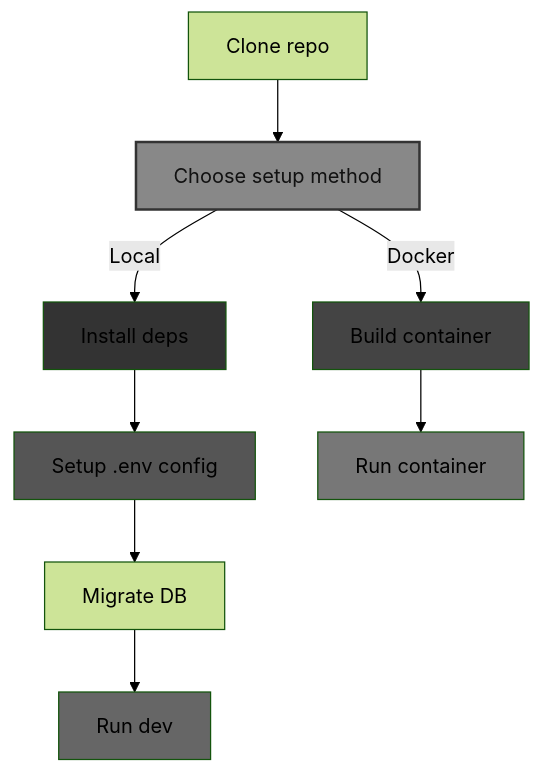
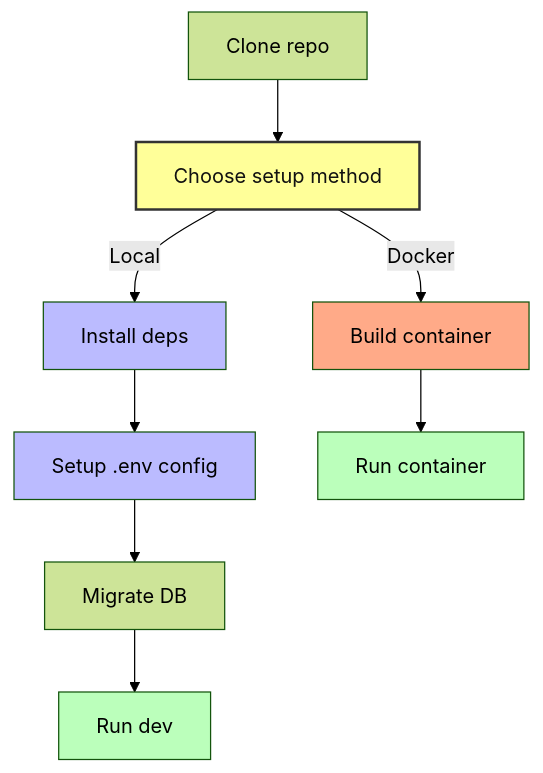
The second of 2 diagrams in README-best-practice-guidlines/Guidelines - README file format.md (Mindrocket42/CluelessCodersToolBox), drawn with Mermaid (forest theme) before and after one commit. The commit also changed other lines of this file and 3 other files, not shown here.

First line of the commit message:
fix mermaid contrast

````diff
--- a/README-best-practice-guidlines/Guidelines - README file format.md
+++ b/README-best-practice-guidlines/Guidelines - README file format.md
@@ -376,16 +391,16 @@
 ```mermaid
 flowchart TD
     A[Clone repo] --> B[Choose setup method]
     B -->|Local| C[Install deps]
     C --> D[Setup .env config]
     D --> E[Migrate DB]
     E --> F[Run dev]
     B -->|Docker| G[Build container]
     G --> H[Run container]
-    style C fill:#333
-    style G fill:#444
-    style D fill:#555
-    style F fill:#666
-    style H fill:#777
-    style B fill:#888,stroke:#333,stroke-width:2px,color:#111
+    style C fill:#bbf
+    style G fill:#fa8
+    style D fill:#bbf
+    style F fill:#bfb
+    style H fill:#bfb
+    style B fill:#ff9,stroke:#333,stroke-width:2px,color:#111
 ```
````
